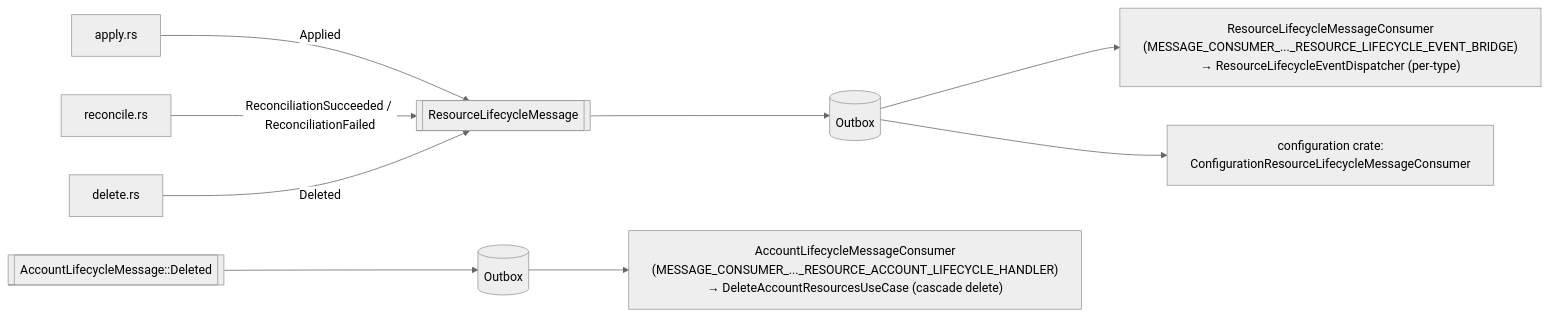
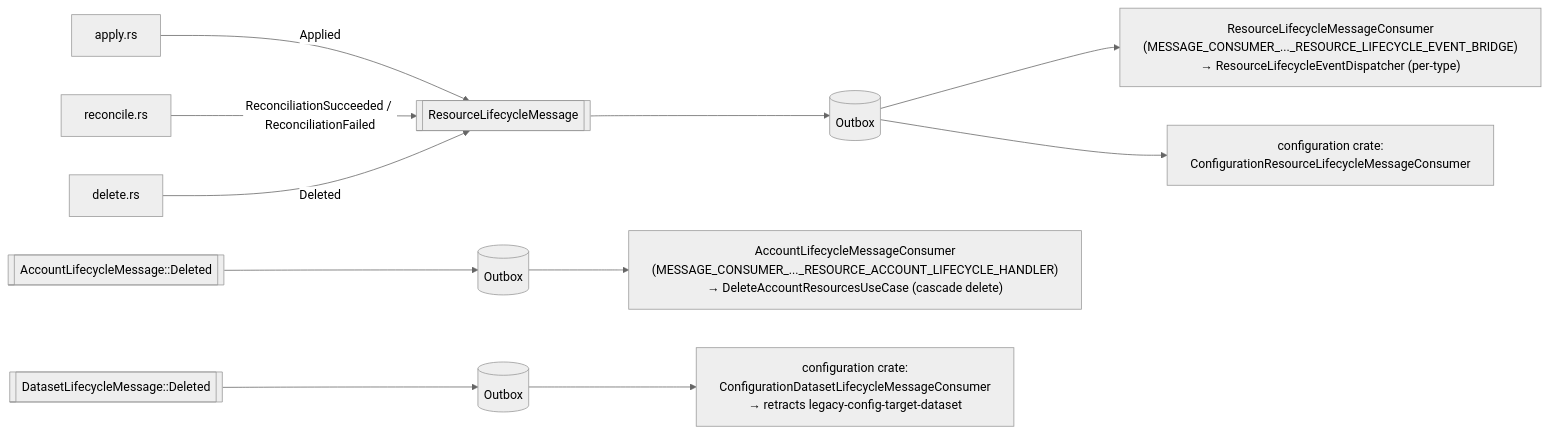
Before and after one commit to kamu-data/kamu-cli: the fourth of 5 diagrams in docs/internal/resources-framework.md, drawn with Mermaid (neutral theme). The commit also changed other lines of this file and 32 other files, not shown here.

Commit message:
Acceptance: resources, migrated from legacy vars & secrets, get deleted when associated dataset is deleted.

````diff
--- a/docs/internal/resources-framework.md
+++ b/docs/internal/resources-framework.md
@@ -1271,14 +1271,17 @@
 ```mermaid
 flowchart LR
     APPLY["apply.rs"] -->|Applied| MSG[["ResourceLifecycleMessage"]]
     REC["reconcile.rs"] -->|ReconciliationSucceeded / ReconciliationFailed| MSG
     DEL["delete.rs"] -->|Deleted| MSG
 
     MSG --> OB[("Outbox")]
 
     OB --> BRIDGE["ResourceLifecycleMessageConsumer<br/>(MESSAGE_CONSUMER_..._RESOURCE_LIFECYCLE_EVENT_BRIDGE)<br/>→ ResourceLifecycleEventDispatcher (per-type)"]
     OB --> CFG["configuration crate:<br/>ConfigurationResourceLifecycleMessageConsumer"]
 
     ACC[["AccountLifecycleMessage::Deleted"]] --> OB2[("Outbox")]
     OB2 --> ACCH["AccountLifecycleMessageConsumer<br/>(MESSAGE_CONSUMER_..._RESOURCE_ACCOUNT_LIFECYCLE_HANDLER)<br/>→ DeleteAccountResourcesUseCase (cascade delete)"]
+
+    DS[["DatasetLifecycleMessage::Deleted"]] --> OB3[("Outbox")]
+    OB3 --> DSH["configuration crate:<br/>ConfigurationDatasetLifecycleMessageConsumer<br/>→ retracts legacy-config-target-dataset"]
 ```
````
